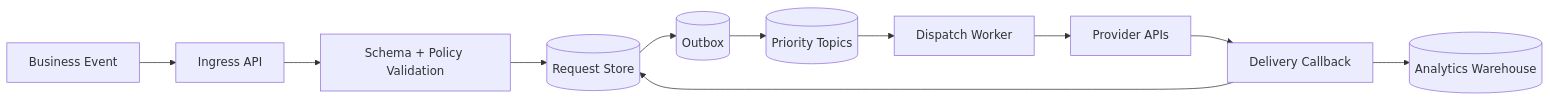
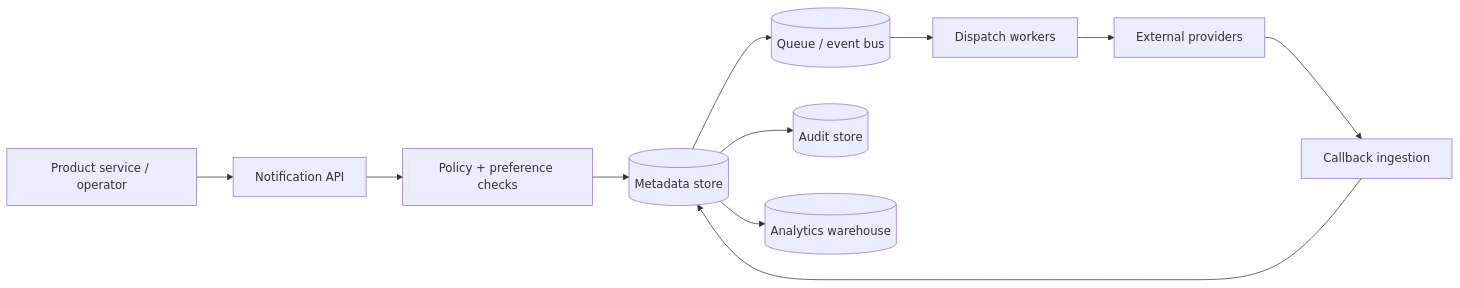
One commit to 0Ankit0/Project-Ideas changed the first of 2 diagrams in Messaging and Notification Platform/high-level-design/data-flow-diagrams.md. Above: the diagram before and after it, drawn with Mermaid. The commit also changed other lines of this file and 19 other files, not shown here.

````diff
--- a/Messaging and Notification Platform/high-level-design/data-flow-diagrams.md
+++ b/Messaging and Notification Platform/high-level-design/data-flow-diagrams.md
@@ -10,13 +10,13 @@
 ```mermaid
 flowchart LR
-  Evt[Business Event] --> Ingest[Ingress API]
-  Ingest --> Validate[Schema + Policy Validation]
-  Validate --> Store[(Request Store)]
-  Store --> Outbox[(Outbox)]
-  Outbox --> Topic[(Priority Topics)]
-  Topic --> Worker[Dispatch Worker]
-  Worker --> Prov[Provider APIs]
-  Prov --> Status[Delivery Callback]
-  Status --> Store
-  Status --> Warehouse[(Analytics Warehouse)]
+  Producer[Product service / operator] --> API[Notification API]
+  API --> Policy[Policy + preference checks]
+  Policy --> Meta[(Metadata store)]
+  Meta --> Bus[(Queue / event bus)]
+  Bus --> Dispatch[Dispatch workers]
+  Dispatch --> Providers[External providers]
+  Providers --> Callback[Callback ingestion]
+  Callback --> Meta
+  Meta --> Audit[(Audit store)]
+  Meta --> Warehouse[(Analytics warehouse)]
 ```
````
